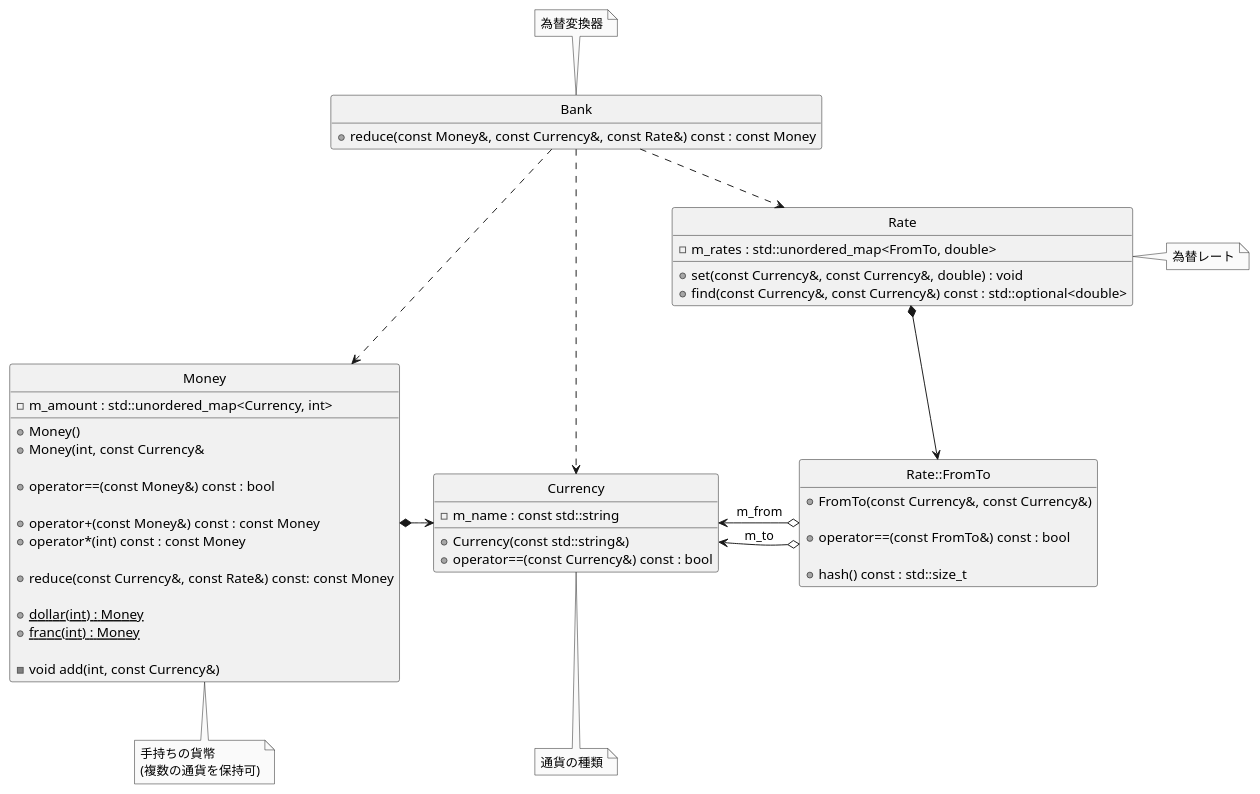
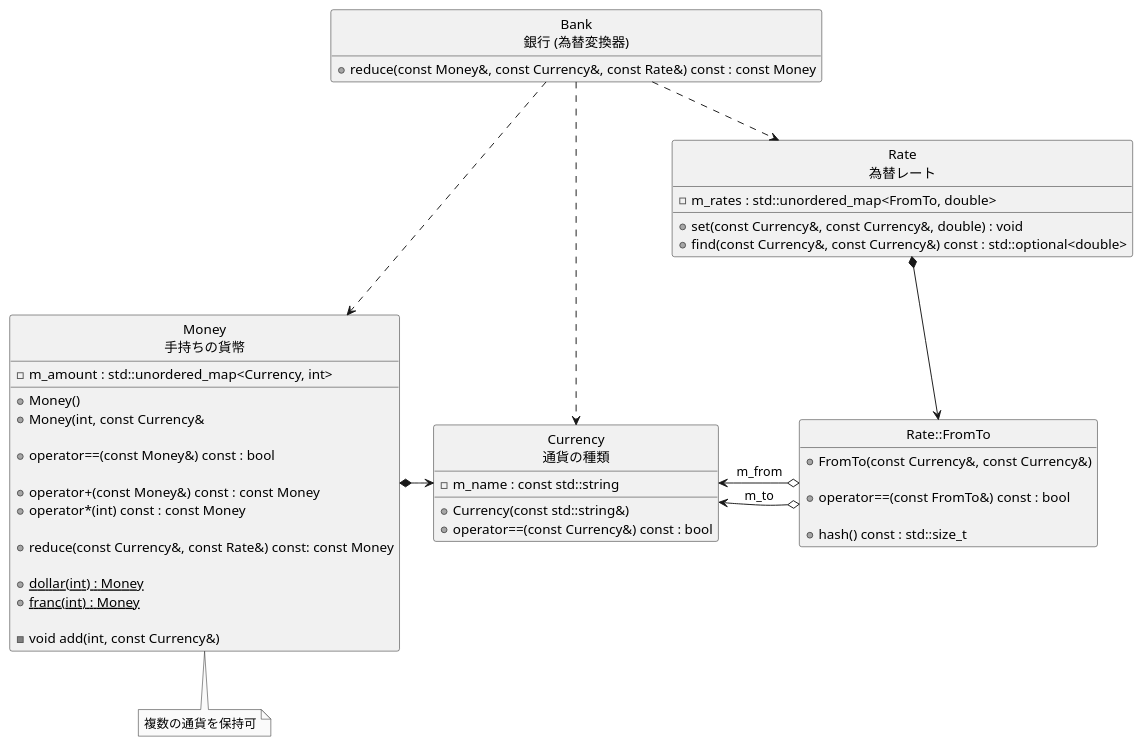
The diagram in doc/class.puml (asura/transcription_tdd_cpp), drawn with PlantUML before and after one commit. The commit also changed 1 other file, not shown here.

Commit message:
[mdf] クラス図中の論理名の記載方法を変更

```diff
--- a/doc/class.puml
+++ b/doc/class.puml
@@ -1,64 +1,61 @@
 @startuml class
 skinparam {
   monochrome true
   shadowing false
 }
 hide circle
 hide empty members
 
-class Bank {
+class "Bank\n銀行 (為替変換器)" as Bank {
   + reduce(const Money&, const Currency&, const Rate&) const : const Money
 }
 
-class Currency {
+class "Currency\n通貨の種類" as Currency {
   - m_name : const std::string
   + Currency(const std::string&)
   + operator==(const Currency&) const : bool
 }
 
-class Money {
+class "Money\n手持ちの貨幣" as Money {
   - m_amount : std::unordered_map<Currency, int>
   + Money()
   + Money(int, const Currency&
 
   + operator==(const Money&) const : bool
 
   + operator+(const Money&) const : const Money
   + operator*(int) const : const Money
 
   + reduce(const Currency&, const Rate&) const: const Money
 
   + {static} dollar(int) : Money
   + {static} franc(int) : Money
 
   - void add(int, const Currency&)
 }
 
-class Rate {
+class "Rate\n為替レート" as Rate {
   - m_rates : std::unordered_map<FromTo, double>
   + set(const Currency&, const Currency&, double) : void
   + find(const Currency&, const Currency&) const : std::optional<double>
 }
 
 class "Rate::FromTo" as FromTo {
   + FromTo(const Currency&, const Currency&)
 
   + operator==(const FromTo&) const : bool
 
   + hash() const : std::size_t
 }
 
 Bank ...> Money
 Bank ...> Currency
 Bank ..> Rate
 Rate *--> FromTo
 FromTo o-l-> Currency : m_from
 FromTo o-l-> Currency : m_to
 Money *-r-> Currency
 
-note top of Bank: 為替変換器
-note bottom of Money: 手持ちの貨幣\n(複数の通貨を保持可)
-note bottom of Currency : 通貨の種類
-note right of Rate: 為替レート
+note bottom of Money: 複数の通貨を保持可
 
 @enduml
```
